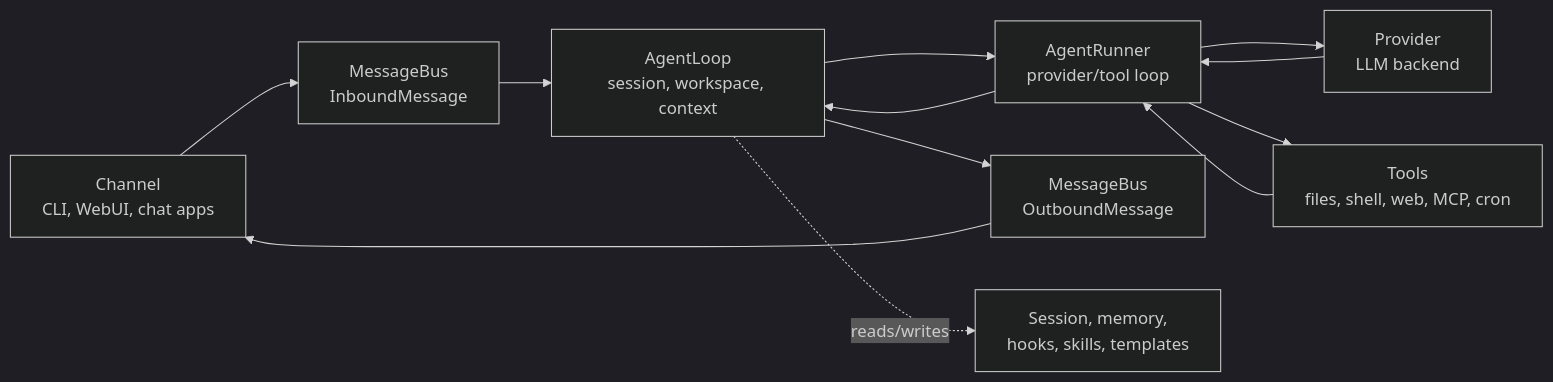
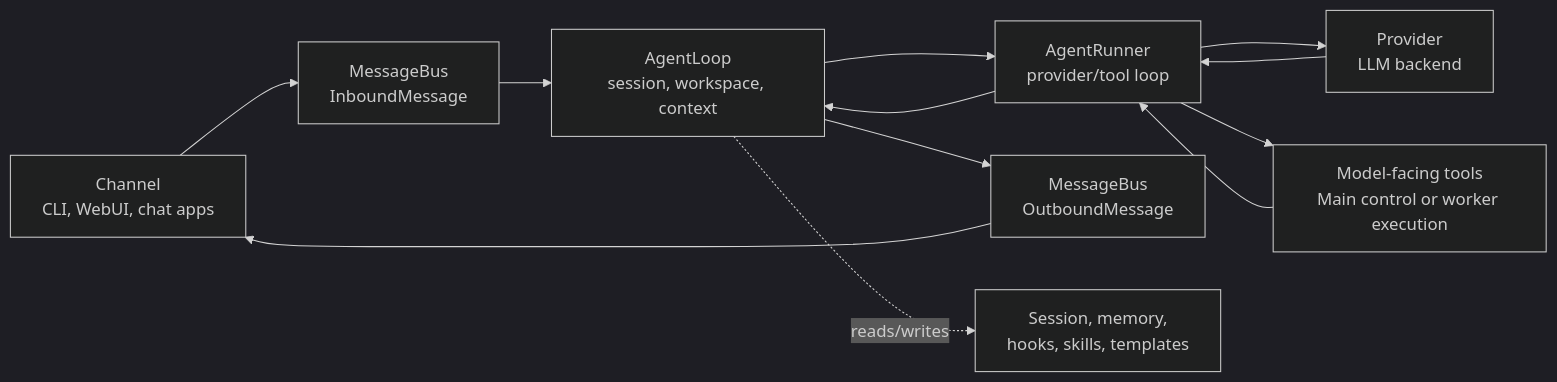
One commit to github19155/mybot changed the diagram in docs/architecture.md. Above: the diagram before and after it, drawn with Mermaid (dark theme). The commit also changed other lines of this file and 6 other files, not shown here.

````diff
--- a/docs/architecture.md
+++ b/docs/architecture.md
@@ -9,15 +9,15 @@
 ```mermaid
 flowchart LR
     Channel["Channel<br/>CLI, WebUI, chat apps"] --> Bus["MessageBus<br/>InboundMessage"]
     Bus --> Loop["AgentLoop<br/>session, workspace, context"]
     Loop --> Runner["AgentRunner<br/>provider/tool loop"]
     Runner --> Provider["Provider<br/>LLM backend"]
     Provider --> Runner
-    Runner --> Tools["Tools<br/>files, shell, web, MCP, cron"]
+    Runner --> Tools["Model-facing tools<br/>Main control or worker execution"]
     Tools --> Runner
     Runner --> Loop
     Loop --> Outbound["MessageBus<br/>OutboundMessage"]
     Outbound --> Channel
 
     Loop -. reads/writes .-> State["Session, memory,<br/>hooks, skills, templates"]
 ```
````
